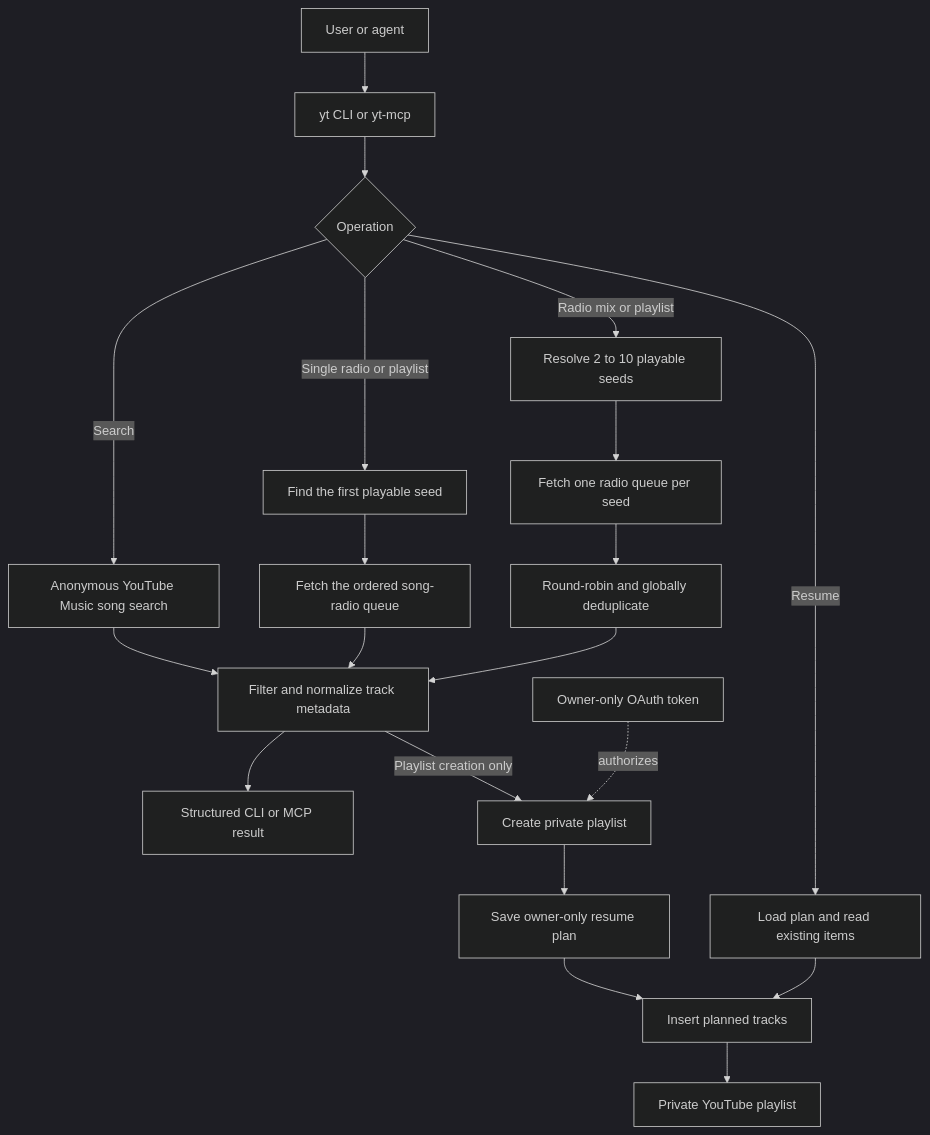
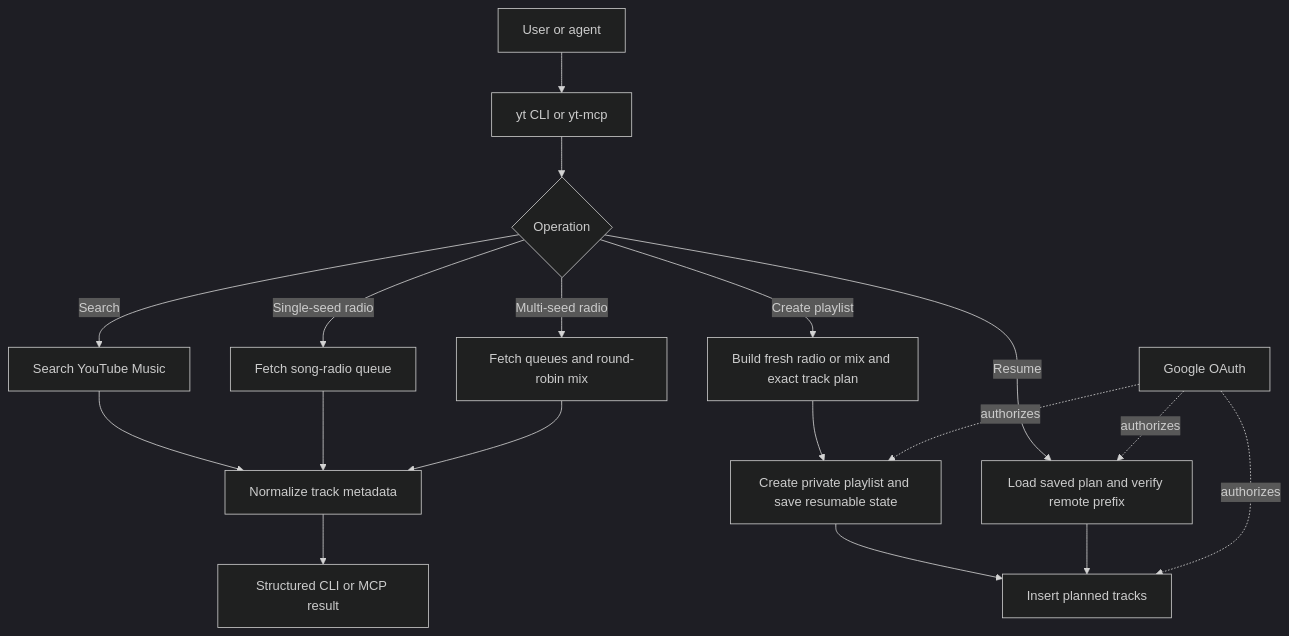
The diagram in README.md (stevenmichiels/yt-mcp), drawn with Mermaid (dark theme) before and after one commit. The commit also changed 2 other files, not shown here.

Commit message:
chore: prepare 0.3.2 release

````diff
--- a/README.md
+++ b/README.md
@@ -16,22 +16,21 @@
 ```mermaid
 flowchart TD
     U[User or agent] --> E[yt CLI or yt-mcp]
     E --> O{Operation}
-    O -->|Search| S[Anonymous YouTube Music song search]
-    O -->|Single radio or playlist| Q[Find the first playable seed]
-    Q --> R[Fetch the ordered song-radio queue]
-    O -->|Radio mix or playlist| Q5[Resolve 2 to 10 playable seeds]
-    Q5 --> R5[Fetch one radio queue per seed]
-    R5 --> M[Round-robin and globally deduplicate]
-    S --> N[Filter and normalize track metadata]
+    O -->|Search| S[Search YouTube Music]
+    O -->|Single-seed radio| R[Fetch song-radio queue]
+    O -->|Multi-seed radio| M[Fetch queues and round-robin mix]
+    S --> N[Normalize track metadata]
     R --> N
     M --> N
     N --> T[Structured CLI or MCP result]
-    N -->|Playlist creation only| W[Create private playlist]
-    A[Owner-only OAuth token] -. authorizes .-> W
-    W --> J[Save owner-only resume plan]
-    J --> I[Insert planned tracks]
-    O -->|Resume| L[Load plan and read existing items]
+
+    O -->|Create playlist| C[Build fresh radio or mix and exact track plan]
+    C --> P[Create private playlist and save resumable state]
+    P --> I[Insert planned tracks]
+    O -->|Resume| L[Load saved plan and verify remote prefix]
     L --> I
-    I --> P[Private YouTube playlist]
+    A[Google OAuth] -. authorizes .-> P
+    A -. authorizes .-> L
+    A -. authorizes .-> I
 ```
````
